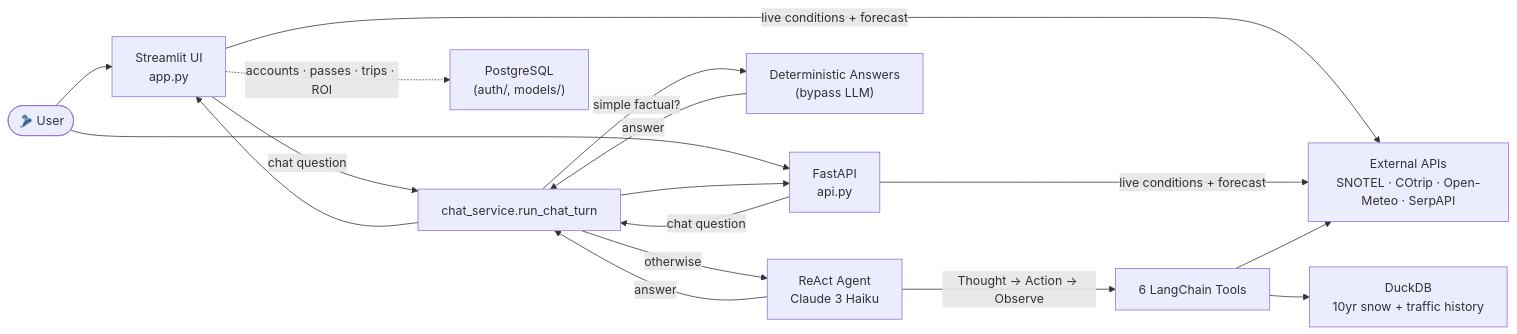
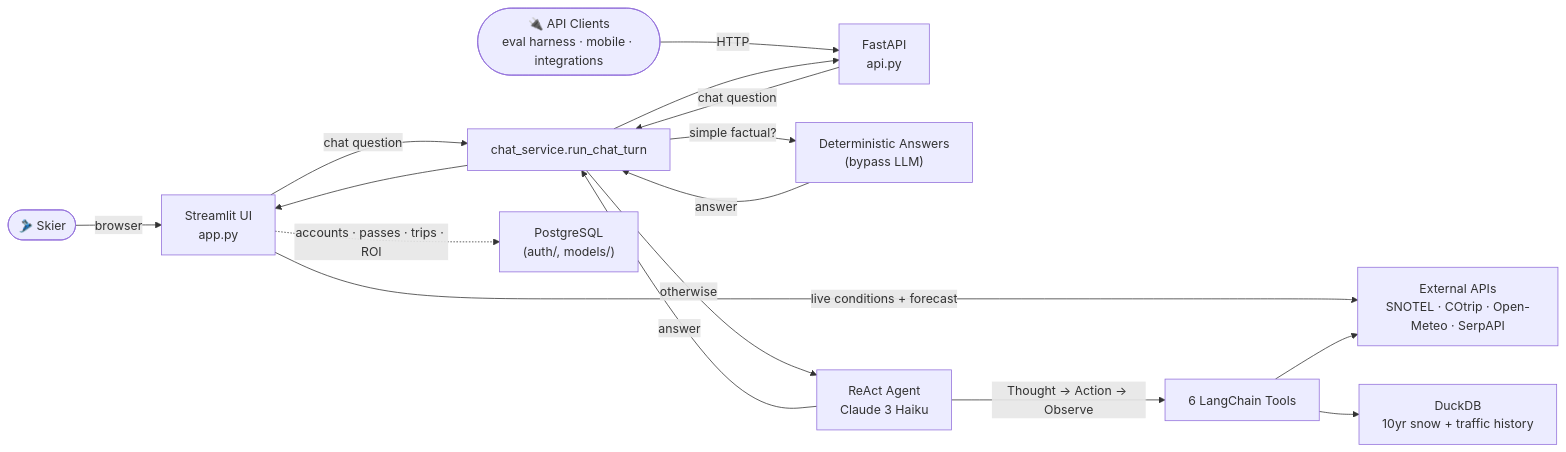
The first of 3 diagrams in architecture.md (Ttopiac/colorado-powracle), drawn with Mermaid before and after one commit. The commit also changed other lines of this file and 1 other file, not shown here.

Commit message:
Update architecture diagrams: separate Skier and API Client entry points
- Simple and detailed Mermaid diagrams now show Skier → Streamlit UI
  and API Clients (eval harness, mobile, integrations) → FastAPI
- Slide 3: rewrite overview bullets to be concise, non-overlapping
  with later slides

````diff
--- a/architecture.md
+++ b/architecture.md
@@ -5,24 +5,23 @@
 ```mermaid
 graph LR
-    User(["🎿 User"]) --> UI["Streamlit UI<br/>app.py"]
-    User --> API["FastAPI<br/>api.py"]
+    User(["🎿 Skier"]) -->|browser| UI["Streamlit UI<br/>app.py"]
+    Client(["🔌 API Clients<br/>eval harness · mobile · integrations"]) -->|HTTP| API["FastAPI<br/>api.py"]
 
     UI -->|live conditions + forecast| APIs["External APIs<br/>SNOTEL · COtrip · Open-Meteo · SerpAPI"]
-    API -->|live conditions + forecast| APIs
     UI -->|chat question| Chat["chat_service.run_chat_turn"]
     API -->|chat question| Chat
 
     Chat -->|simple factual?| Det["Deterministic Answers<br/>(bypass LLM)"]
     Chat -->|otherwise| Agent["ReAct Agent<br/>Claude 3 Haiku"]
 
     Agent -->|Thought → Action → Observe| Tools["6 LangChain Tools"]
     Tools --> APIs
     Tools --> DDB["DuckDB<br/>10yr snow + traffic history"]
 
     UI -.->|accounts · passes · trips · ROI| PG["PostgreSQL<br/>(auth/, models/)"]
 
     Agent -->|answer| Chat
     Det -->|answer| Chat
     Chat --> UI
     Chat --> API
 ```
````
